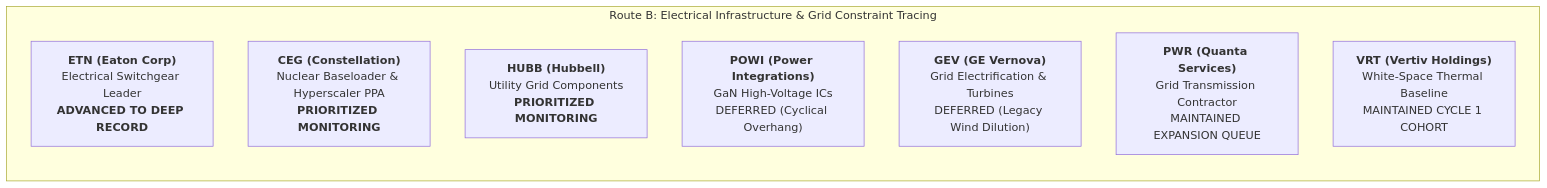
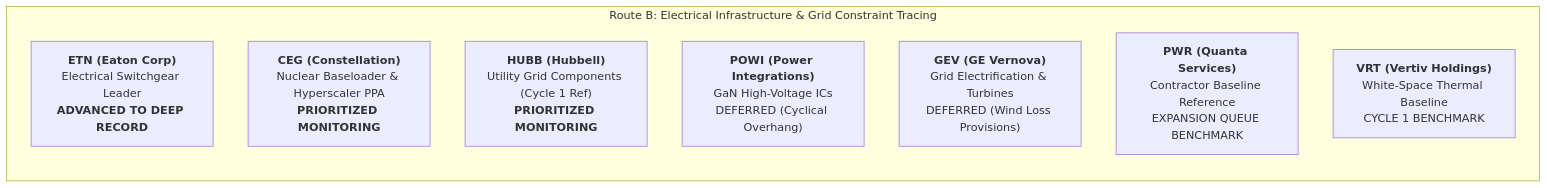
One commit to daakara/finance changed the second of 2 diagrams in docs/research/discovery_cycle_2/SEARCH_UNIVERSE_AND_TRIAGE_MATRIX.md. Above: the diagram before and after it, drawn with Mermaid. The commit also changed other lines of this file and 6 other files, not shown here.

````diff
--- a/docs/research/discovery_cycle_2/SEARCH_UNIVERSE_AND_TRIAGE_MATRIX.md
+++ b/docs/research/discovery_cycle_2/SEARCH_UNIVERSE_AND_TRIAGE_MATRIX.md
@@ -115,12 +122,12 @@
 ```mermaid
 flowchart LR
     subgraph RouteB_Summary["Route B: Electrical Infrastructure & Grid Constraint Tracing"]
         ETN["<b>ETN (Eaton Corp)</b><br/>Electrical Switchgear Leader<br/><b>ADVANCED TO DEEP RECORD</b>"]
         CEG["<b>CEG (Constellation)</b><br/>Nuclear Baseloader & Hyperscaler PPA<br/><b>PRIORITIZED MONITORING</b>"]
-        HUBB["<b>HUBB (Hubbell)</b><br/>Utility Grid Components<br/><b>PRIORITIZED MONITORING</b>"]
+        HUBB["<b>HUBB (Hubbell)</b><br/>Utility Grid Components (Cycle 1 Ref)<br/><b>PRIORITIZED MONITORING</b>"]
         POWI["<b>POWI (Power Integrations)</b><br/>GaN High-Voltage ICs<br/>DEFERRED (Cyclical Overhang)"]
-        GEV["<b>GEV (GE Vernova)</b><br/>Grid Electrification & Turbines<br/>DEFERRED (Legacy Wind Dilution)"]
-        PWR["<b>PWR (Quanta Services)</b><br/>Grid Transmission Contractor<br/>MAINTAINED EXPANSION QUEUE"]
-        VRT["<b>VRT (Vertiv Holdings)</b><br/>White-Space Thermal Baseline<br/>MAINTAINED CYCLE 1 COHORT"]
+        GEV["<b>GEV (GE Vernova)</b><br/>Grid Electrification & Turbines<br/>DEFERRED (Wind Loss Provisions)"]
+        PWR["<b>PWR (Quanta Services)</b><br/>Contractor Baseline Reference<br/>EXPANSION QUEUE BENCHMARK"]
+        VRT["<b>VRT (Vertiv Holdings)</b><br/>White-Space Thermal Baseline<br/>CYCLE 1 BENCHMARK"]
     end
 ```
````
